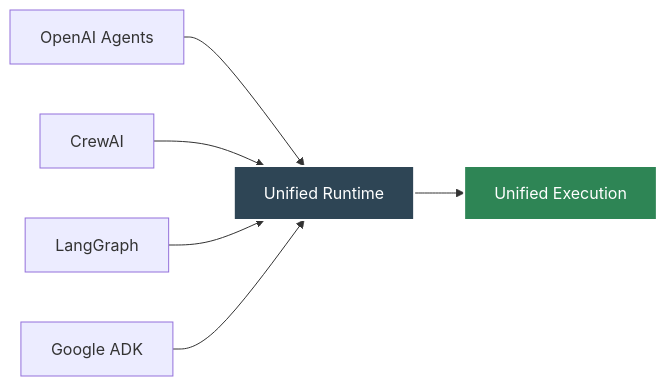
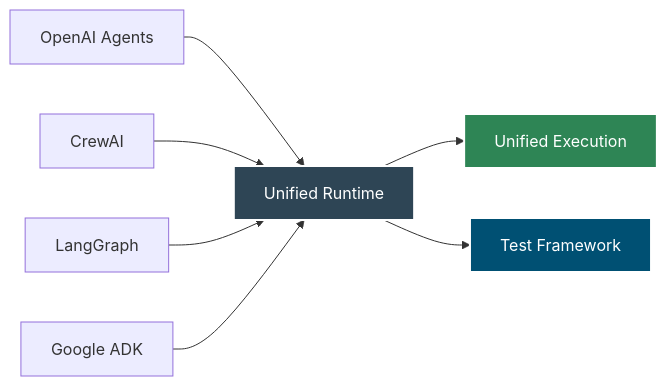
One commit to yaalalabs/agent-kernel changed the first of 2 diagrams in docs/docs/intro.md. Above: the diagram before and after it, drawn with Mermaid. The commit also changed other lines of this file and 1 other file, not shown here.

Commit message:
more changes

````diff
--- a/docs/docs/intro.md
+++ b/docs/docs/intro.md
@@ -14,14 +14,17 @@
 ```mermaid
 ---
 config:
   layout: dagre
 ---
 flowchart LR
     B["Unified Runtime"] --> A["Unified Execution"]
     C["OpenAI Agents"] --> B
     D["CrewAI"] --> B
     E["LangGraph"] --> B
     F["Google ADK"] --> B
+    G["Test Framework"]
+    B --> G
     style A fill:#2e8555,stroke:#fff,stroke-width:2px,color:#fff
     style B fill:#2e4555,stroke:#fff,stroke-width:2px,color:#fff
+    style G fill:#005073,stroke:#fff,stroke-width:2px,color:#fff
 ```
````
